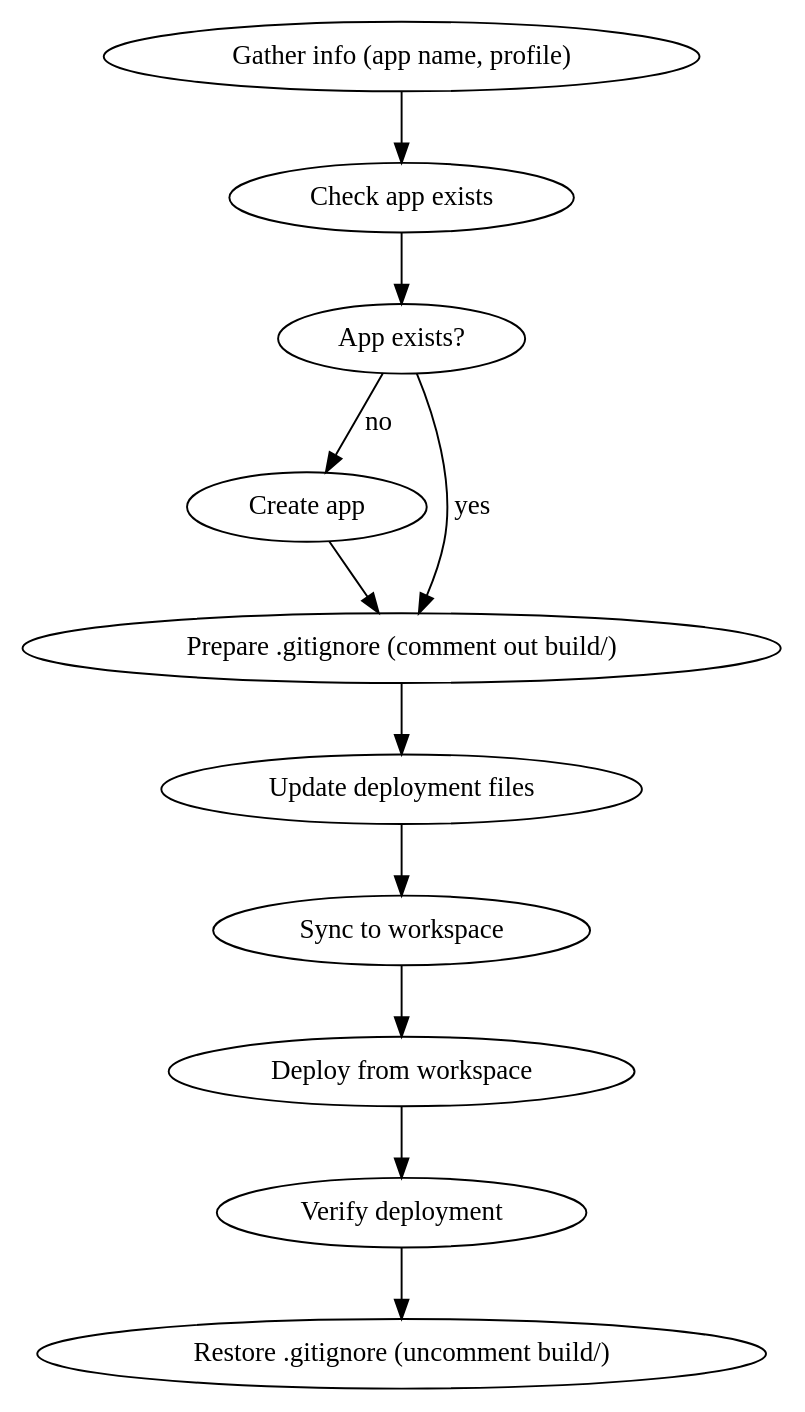
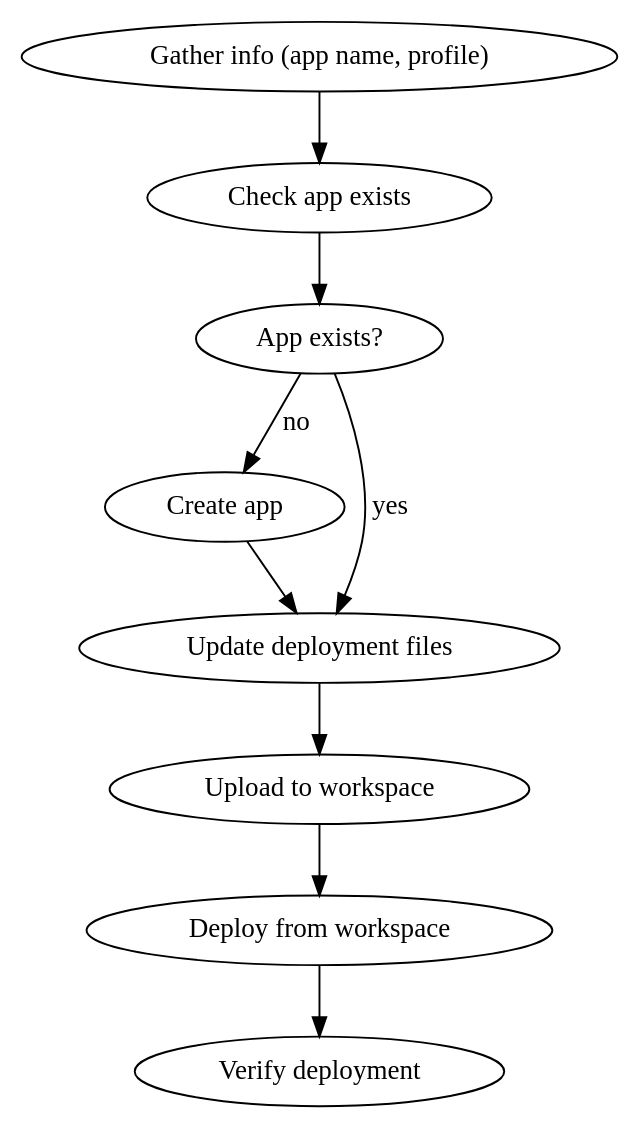
The diagram in .claude/skills/deploying-to-databricks/SKILL.md (datasciencemonkey/brickchat), drawn with Graphviz before and after one commit. The commit also changed other lines of this file and 6 other files, not shown here.

````diff
--- a/.claude/skills/deploying-to-databricks/SKILL.md
+++ b/.claude/skills/deploying-to-databricks/SKILL.md
@@ -50,15 +50,13 @@
 ```dot
 digraph deployment {
     rankdir=TB;
     "Gather info (app name, profile)" -> "Check app exists";
     "Check app exists" -> "App exists?" [shape=diamond];
     "App exists?" -> "Create app" [label="no"];
-    "App exists?" -> "Prepare .gitignore (comment out build/)" [label="yes"];
-    "Create app" -> "Prepare .gitignore (comment out build/)";
-    "Prepare .gitignore (comment out build/)" -> "Update deployment files";
-    "Update deployment files" -> "Sync to workspace";
-    "Sync to workspace" -> "Deploy from workspace";
+    "App exists?" -> "Update deployment files" [label="yes"];
+    "Create app" -> "Update deployment files";
+    "Update deployment files" -> "Upload to workspace";
+    "Upload to workspace" -> "Deploy from workspace";
     "Deploy from workspace" -> "Verify deployment";
-    "Verify deployment" -> "Restore .gitignore (uncomment build/)";
 }
 ```
````
